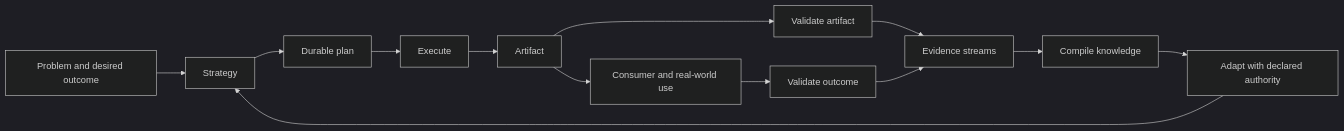
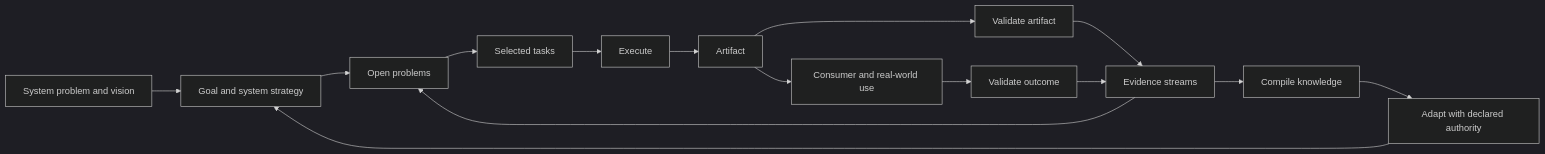
The diagram in framework/README.md (flooper68/adaptive-problem-solving-systems), drawn with Mermaid (dark theme) before and after one commit. The commit also changed other lines of this file and 63 other files, not shown here.

Commit message:
feat: add goal-linked problem and task workflow

````diff
--- a/framework/README.md
+++ b/framework/README.md
@@ -30,15 +31,17 @@
 ```mermaid
 flowchart LR
-    problem["Problem and desired outcome"] --> strategy["Strategy"]
-    strategy --> plan["Durable plan"]
-    plan --> execute["Execute"]
+    problem["System problem and vision"] --> strategy["Goal and system strategy"]
+    strategy --> openProblems["Open problems"]
+    openProblems --> tasks["Selected tasks"]
+    tasks --> execute["Execute"]
     execute --> artifact["Artifact"]
     artifact --> artifactValidation["Validate artifact"]
     artifact --> consumer["Consumer and real-world use"]
     consumer --> outcomeValidation["Validate outcome"]
     artifactValidation --> evidence["Evidence streams"]
     outcomeValidation --> evidence
+    evidence --> openProblems
     evidence --> compile["Compile knowledge"]
     compile --> adapt["Adapt with declared authority"]
     adapt --> strategy
 ```
````
